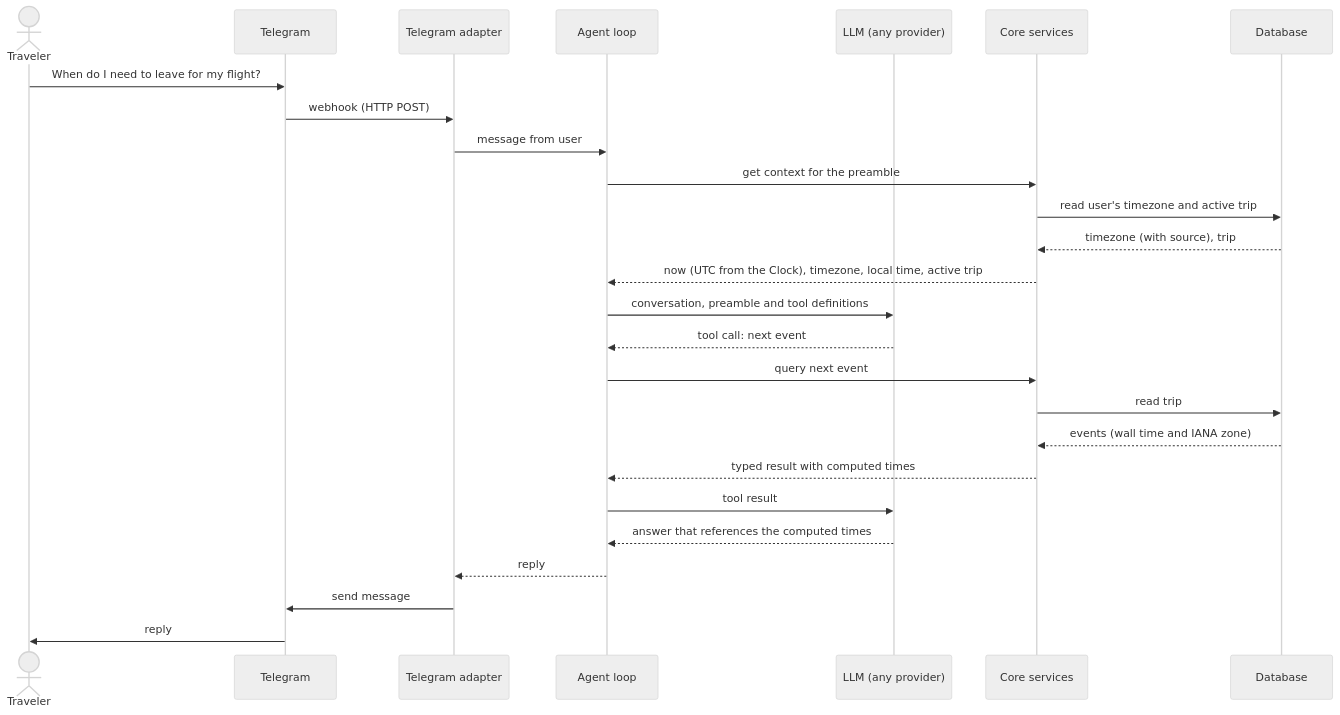
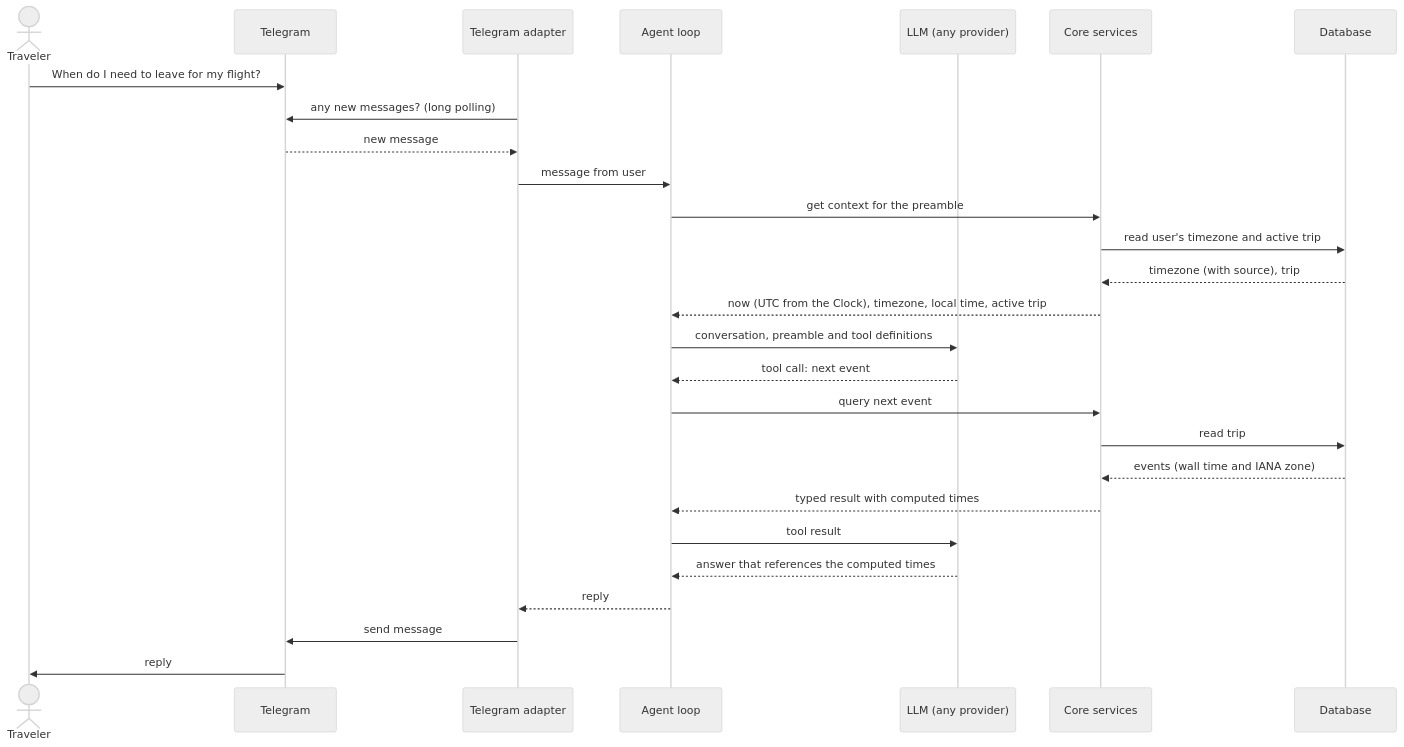
The second of 2 diagrams in ARCHITECTURE.md (guidugaich/ai-travel-agent), drawn with Mermaid (neutral theme) before and after one commit. The commit also changed 6 other files, not shown here.

````diff
--- a/ARCHITECTURE.md
+++ b/ARCHITECTURE.md
@@ -86,29 +86,30 @@
 ```mermaid
 sequenceDiagram
   actor U as Traveler
   participant T as Telegram
   participant B as Telegram adapter
   participant A as Agent loop
   participant L as LLM (any provider)
   participant C as Core services
   participant D as Database
 
   U->>T: When do I need to leave for my flight?
-  T->>B: webhook (HTTP POST)
+  B->>T: any new messages? (long polling)
+  T-->>B: new message
   B->>A: message from user
   A->>C: get context for the preamble
   C->>D: read user's timezone and active trip
   D-->>C: timezone (with source), trip
   C-->>A: now (UTC from the Clock), timezone, local time, active trip
   A->>L: conversation, preamble and tool definitions
   L-->>A: tool call: next event
   A->>C: query next event
   C->>D: read trip
   D-->>C: events (wall time and IANA zone)
   C-->>A: typed result with computed times
   A->>L: tool result
   L-->>A: answer that references the computed times
   A-->>B: reply
   B->>T: send message
   T->>U: reply
 ```
````
